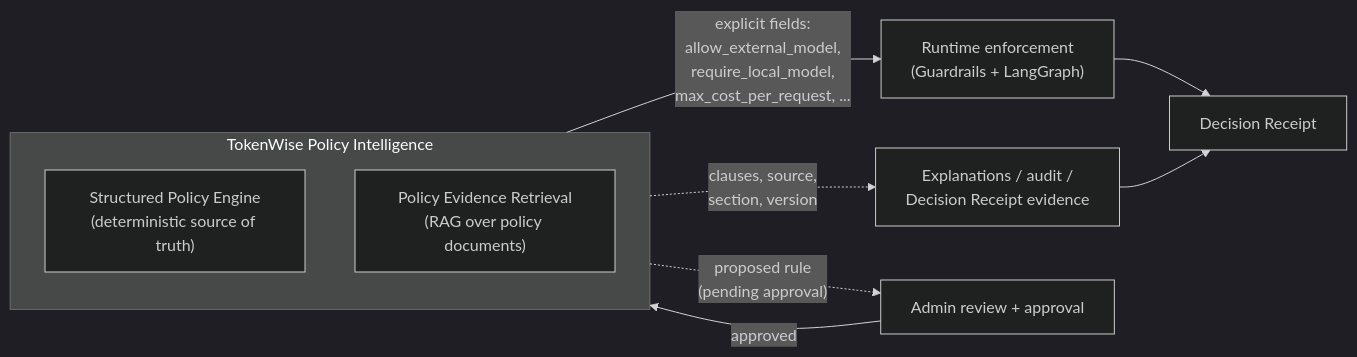
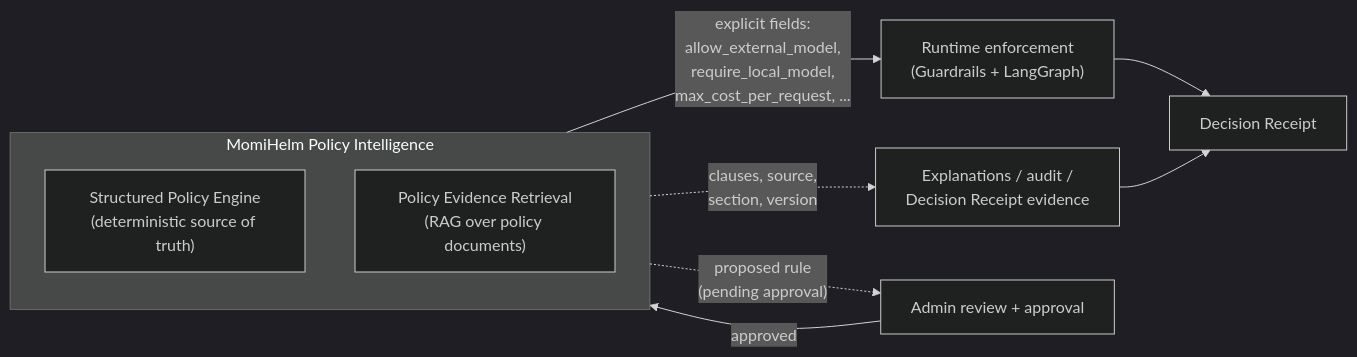
Before and after one commit to tomeryoel/tokenwise: the first of 4 diagrams in docs/policy-intelligence-design.md, drawn with Mermaid (dark theme). The commit also changed other lines of this file and 43 other files, not shown here.

Commit message:
refactor(brand): rename product surfaces to MomiHelm

````diff
--- a/docs/policy-intelligence-design.md
+++ b/docs/policy-intelligence-design.md
@@ -72,16 +72,16 @@
 ```mermaid
 flowchart LR
-    subgraph PI["TokenWise Policy Intelligence"]
+    subgraph PI["MomiHelm Policy Intelligence"]
         direction TB
         SPE["Structured Policy Engine\n(deterministic source of truth)"]
         PER["Policy Evidence Retrieval\n(RAG over policy documents)"]
     end
 
     SPE -->|"explicit fields:\nallow_external_model,\nrequire_local_model,\nmax_cost_per_request, ..."| ENF["Runtime enforcement\n(Guardrails + LangGraph)"]
     PER -.->|"clauses, source,\nsection, version"| EXP["Explanations / audit /\nDecision Receipt evidence"]
     PER -.->|"proposed rule\n(pending approval)"| REVIEW["Admin review + approval"]
     REVIEW -->|"approved"| SPE
 
     ENF --> RECEIPT["Decision Receipt"]
     EXP --> RECEIPT
 ```
````
